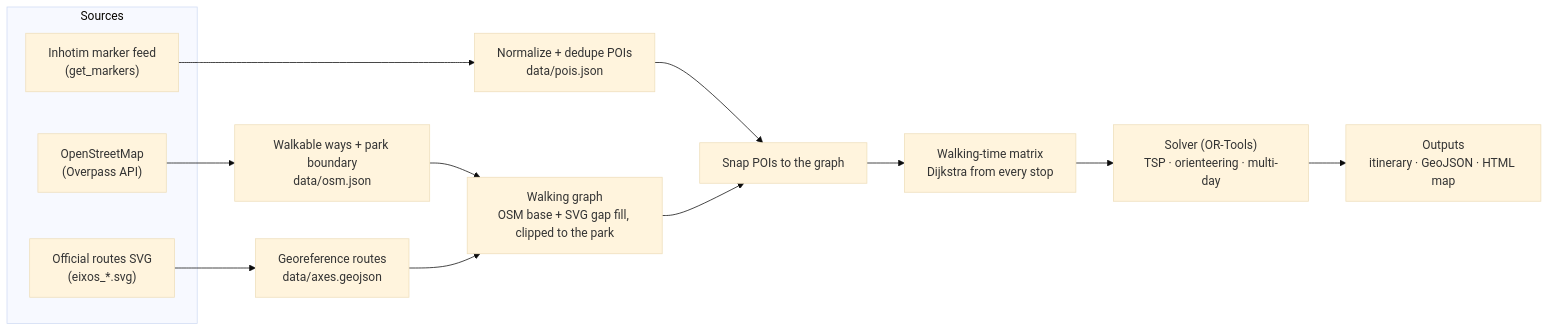
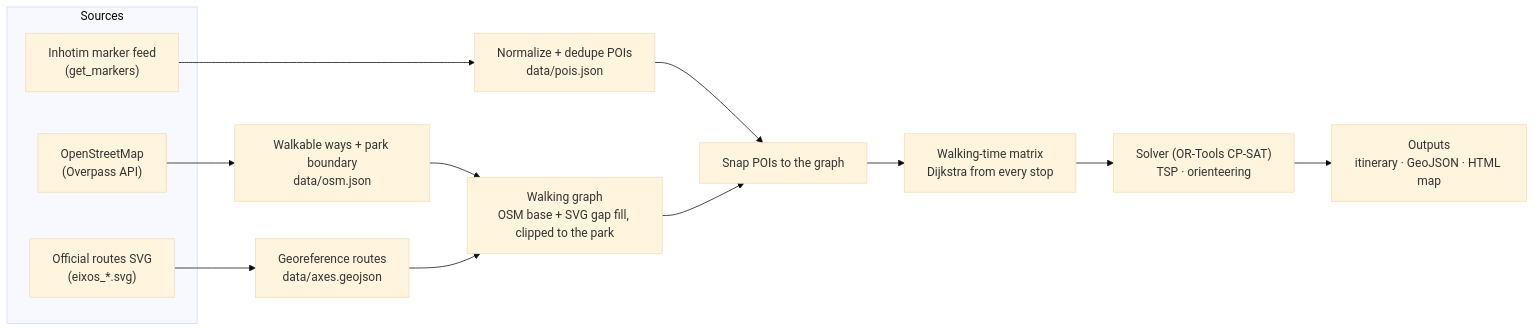
The diagram in docs/architecture.md (Andreixzc/inhotim-path), drawn with Mermaid (base theme) before and after one commit. The commit also changed other lines of this file and 1 other file, not shown here.

First line of the commit message:
docs: architecture and roadmap after the route command

````diff
--- a/docs/architecture.md
+++ b/docs/architecture.md
@@ -5,18 +5,18 @@
 ```mermaid
 flowchart LR
   subgraph Sources
     A["Inhotim marker feed<br/>(get_markers)"]
     B["Official routes SVG<br/>(eixos_*.svg)"]
     C["OpenStreetMap<br/>(Overpass API)"]
   end
   A --> N["Normalize + dedupe POIs<br/>data/pois.json"]
   B --> G["Georeference routes<br/>data/axes.geojson"]
   C --> O["Walkable ways + park boundary<br/>data/osm.json"]
   O --> W["Walking graph<br/>OSM base + SVG gap fill, clipped to the park"]
   G --> W
   N --> S["Snap POIs to the graph"]
   W --> S
   S --> M["Walking-time matrix<br/>Dijkstra from every stop"]
-  M --> R["Solver (OR-Tools)<br/>TSP · orienteering · multi-day"]
+  M --> R["Solver (OR-Tools CP-SAT)<br/>TSP · orienteering"]
   R --> X["Outputs<br/>itinerary · GeoJSON · HTML map"]
 ```
````
